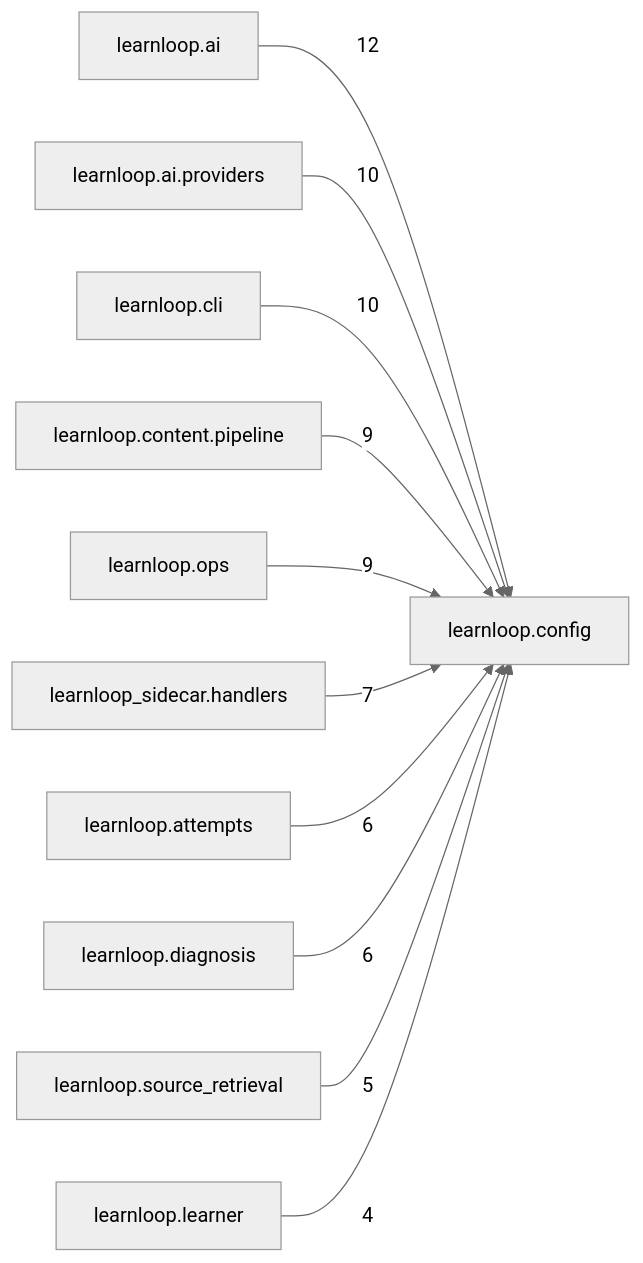
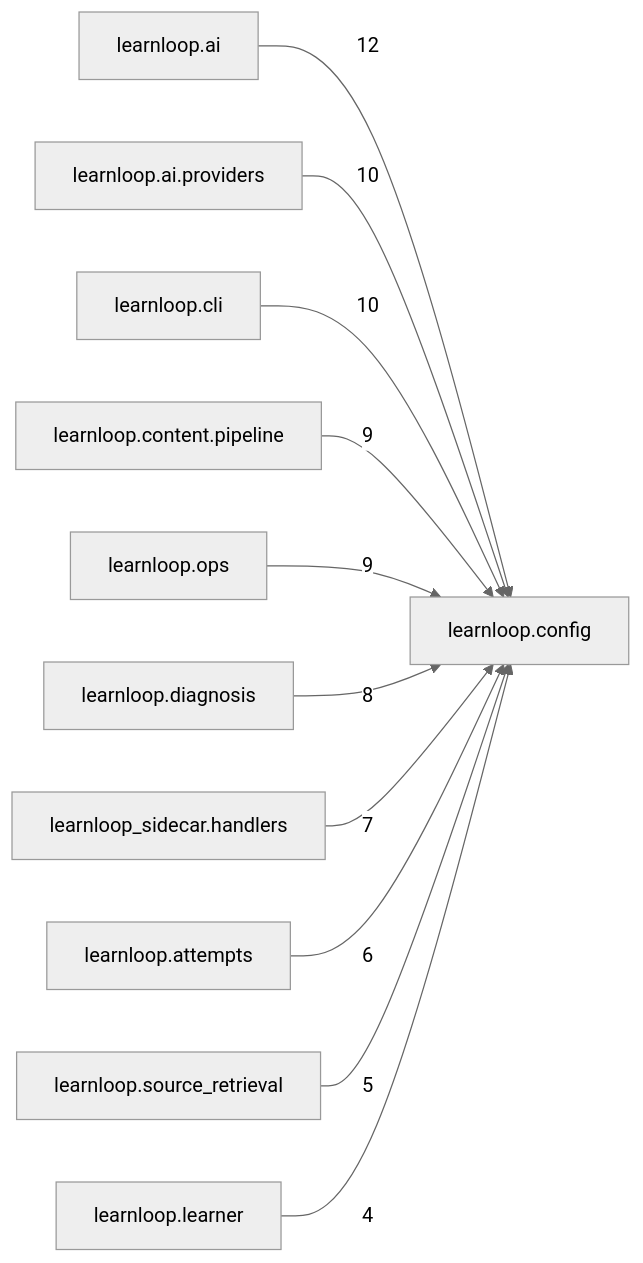
The diagram in docs/learnloop-architecture-vault/Reference/Modules/learnloop/config/_package.md (6up-b/learnanything), drawn with Mermaid (neutral theme) before and after one commit. The commit also changed other lines of this file and 158 other files, not shown here.

````diff
--- a/docs/learnloop-architecture-vault/Reference/Modules/learnloop/config/_package.md
+++ b/docs/learnloop-architecture-vault/Reference/Modules/learnloop/config/_package.md
@@ -112,24 +112,24 @@
 ```mermaid
 flowchart LR
     center["learnloop.config"]
     n_learnloop_ai["learnloop.ai"]
     n_learnloop_ai_providers["learnloop.ai.providers"]
     n_learnloop_cli["learnloop.cli"]
     n_learnloop_content_pipeline["learnloop.content.pipeline"]
     n_learnloop_ops["learnloop.ops"]
+    n_learnloop_diagnosis["learnloop.diagnosis"]
     n_learnloop_sidecar_handlers["learnloop_sidecar.handlers"]
     n_learnloop_attempts["learnloop.attempts"]
-    n_learnloop_diagnosis["learnloop.diagnosis"]
     n_learnloop_source_retrieval["learnloop.source_retrieval"]
     n_learnloop_learner["learnloop.learner"]
     n_learnloop_ai -->|12| center
     n_learnloop_ai_providers -->|10| center
     n_learnloop_cli -->|10| center
     n_learnloop_content_pipeline -->|9| center
     n_learnloop_ops -->|9| center
+    n_learnloop_diagnosis -->|8| center
     n_learnloop_sidecar_handlers -->|7| center
     n_learnloop_attempts -->|6| center
-    n_learnloop_diagnosis -->|6| center
     n_learnloop_source_retrieval -->|5| center
     n_learnloop_learner -->|4| center
 ```
````
